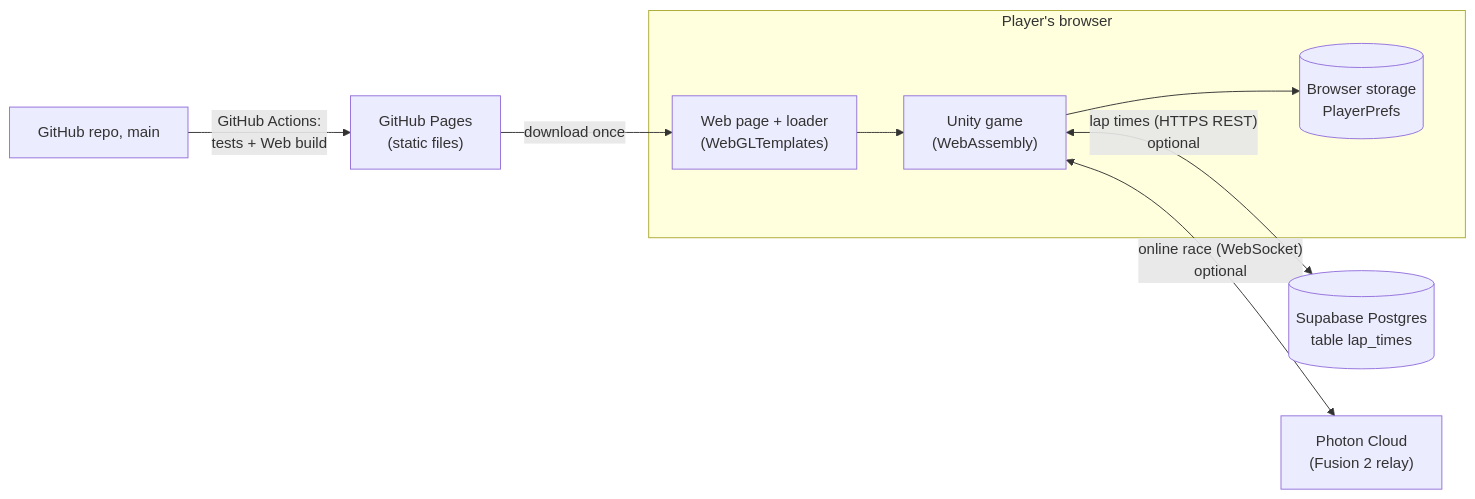
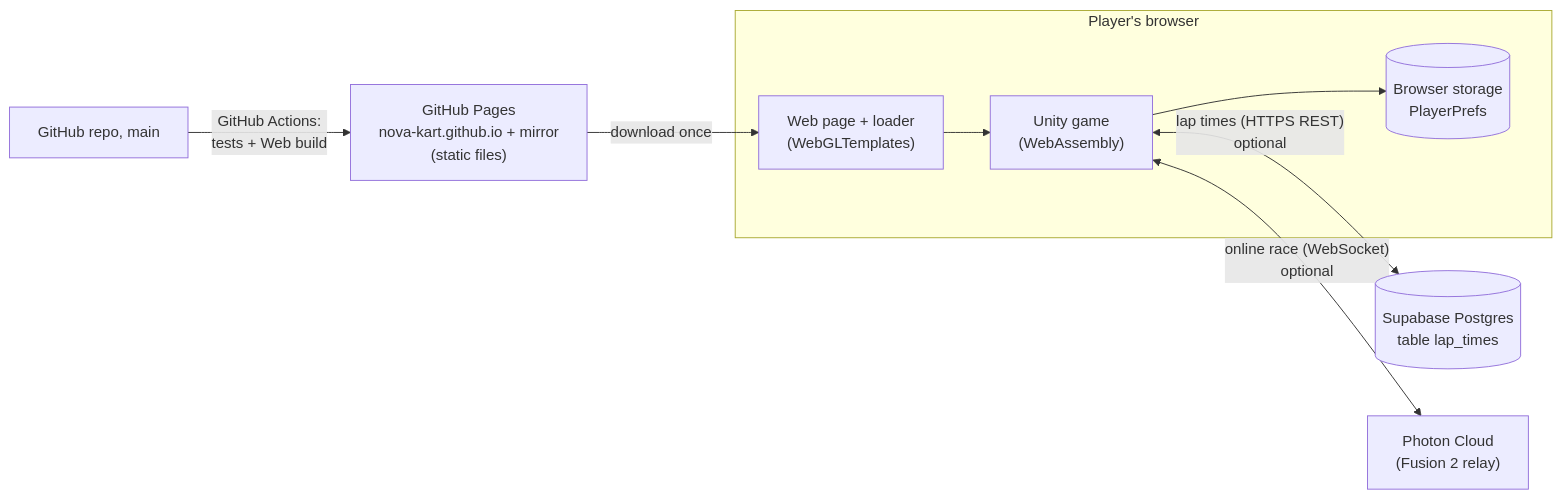
Before and after one commit to belschak/carcavelos-circuit: the diagram in docs/architecture.md, drawn with Mermaid. The commit also changed other lines of this file and 5 other files, not shown here.

Commit message:
docs: lead with the public link nova-kart.github.io, old Pages address listed as the same build; why the code stays in this repo

````diff
--- a/docs/architecture.md
+++ b/docs/architecture.md
@@ -9,11 +9,11 @@
 ```mermaid
 flowchart LR
   subgraph Browser["Player's browser"]
     Page["Web page + loader<br/>(WebGLTemplates)"] --> Game["Unity game<br/>(WebAssembly)"]
     Game --> Prefs[("Browser storage<br/>PlayerPrefs")]
   end
-  Pages["GitHub Pages<br/>(static files)"] -->|download once| Page
+  Pages["GitHub Pages<br/>nova-kart.github.io + mirror<br/>(static files)"] -->|download once| Page
   Game <-->|"lap times (HTTPS REST)<br/>optional"| Supabase[("Supabase Postgres<br/>table lap_times")]
   Game <-->|"online race (WebSocket)<br/>optional"| Photon["Photon Cloud<br/>(Fusion 2 relay)"]
   Repo["GitHub repo, main"] -->|"GitHub Actions:<br/>tests + Web build"| Pages
 ```
````
